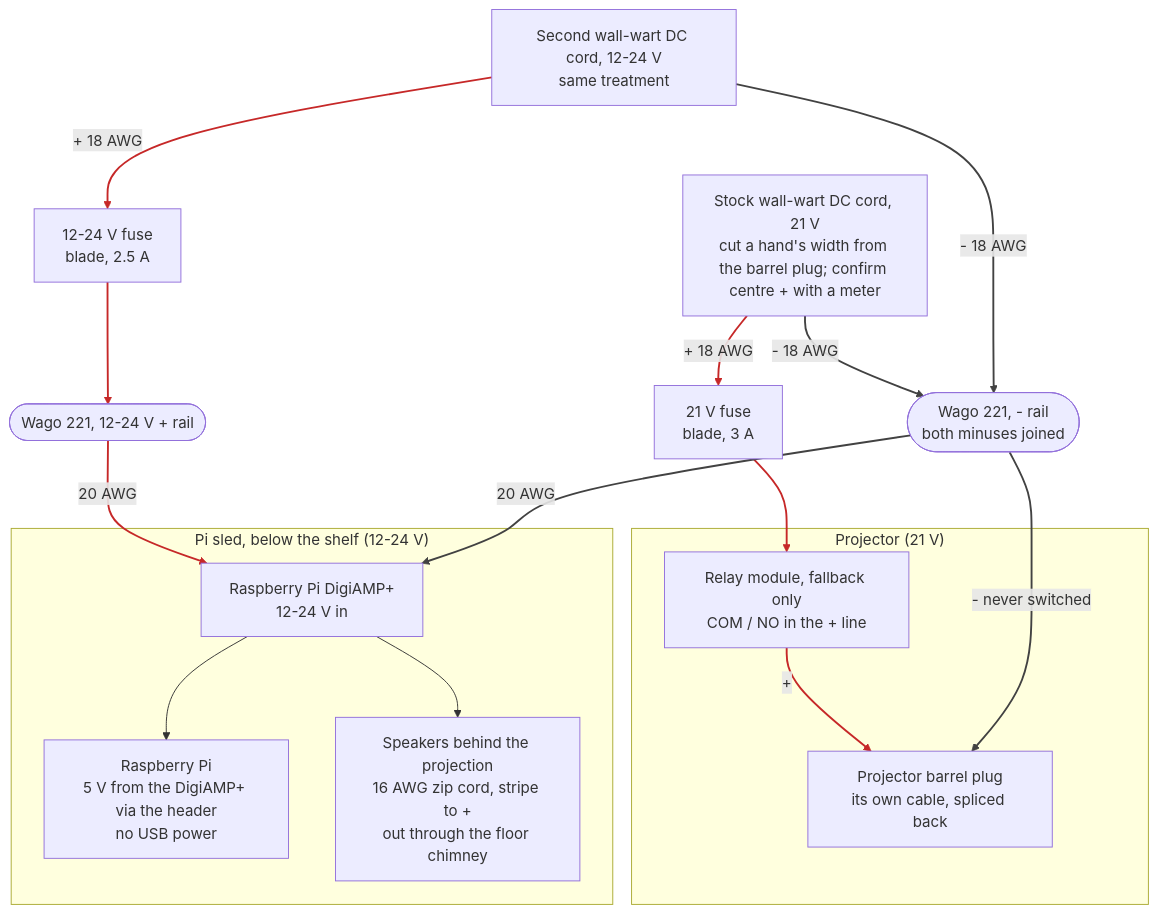
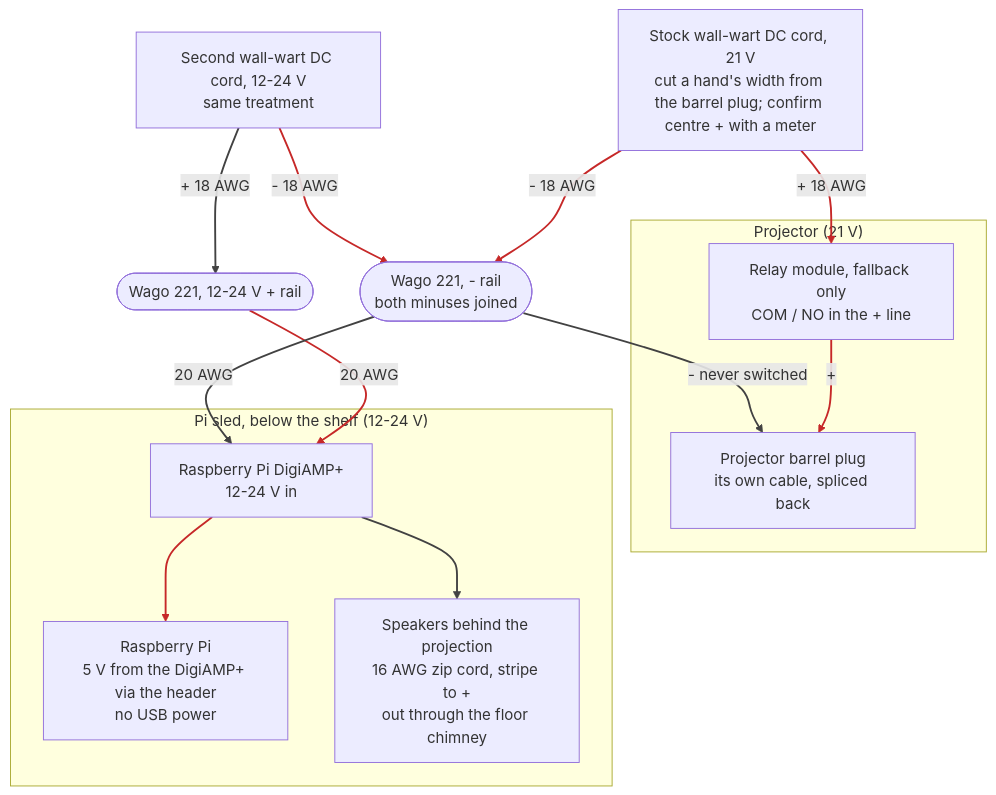
Before and after one commit to davidwkeith/atmosfx-projector-case: the second of 3 diagrams in docs/WIRING.md, drawn with Mermaid. The commit also changed other lines of this file and 9 other files, not shown here.

````diff
--- a/docs/WIRING.md
+++ b/docs/WIRING.md
@@ -67,29 +67,27 @@
 ```mermaid
 flowchart TB
   W1["Stock wall-wart DC cord, 21 V<br/>cut a hand's width from the barrel plug; confirm centre + with a meter"]
   W2["Second wall-wart DC cord, 12-24 V<br/>same treatment"]
-  F1["21 V fuse<br/>blade, 3 A"]
-  F2["12-24 V fuse<br/>blade, 2.5 A"]
   WN(["Wago 221, - rail<br/>both minuses joined"])
   WP(["Wago 221, 12-24 V + rail"])
   subgraph PJ["Projector (21 V)"]
     RELAY["Relay module, fallback only<br/>COM / NO in the + line"]
     PROJ["Projector barrel plug<br/>its own cable, spliced back"]
   end
   subgraph PIZ["Pi sled, below the shelf (12-24 V)"]
     AMP["Raspberry Pi DigiAMP+<br/>12-24 V in"]
     PI["Raspberry Pi<br/>5 V from the DigiAMP+ via the header<br/>no USB power"]
     SPK["Speakers behind the projection<br/>16 AWG zip cord, stripe to +<br/>out through the floor chimney"]
   end
-  W1 -- "+ 18 AWG" --> F1 --> RELAY -- "+" --> PROJ
+  W1 -- "+ 18 AWG" --> RELAY -- "+" --> PROJ
   W1 -- "- 18 AWG" --> WN
   WN -- "- never switched" --> PROJ
-  W2 -- "+ 18 AWG" --> F2 --> WP
+  W2 -- "+ 18 AWG" --> WP
   W2 -- "- 18 AWG" --> WN
   WP -- "20 AWG" --> AMP
   WN -- "20 AWG" --> AMP
   AMP --> PI
   AMP --> SPK
   linkStyle 0,1,2,5,6,8 stroke:#c62828,stroke-width:2px
   linkStyle 3,4,7,9 stroke:#424242,stroke-width:2px
 ```
````
